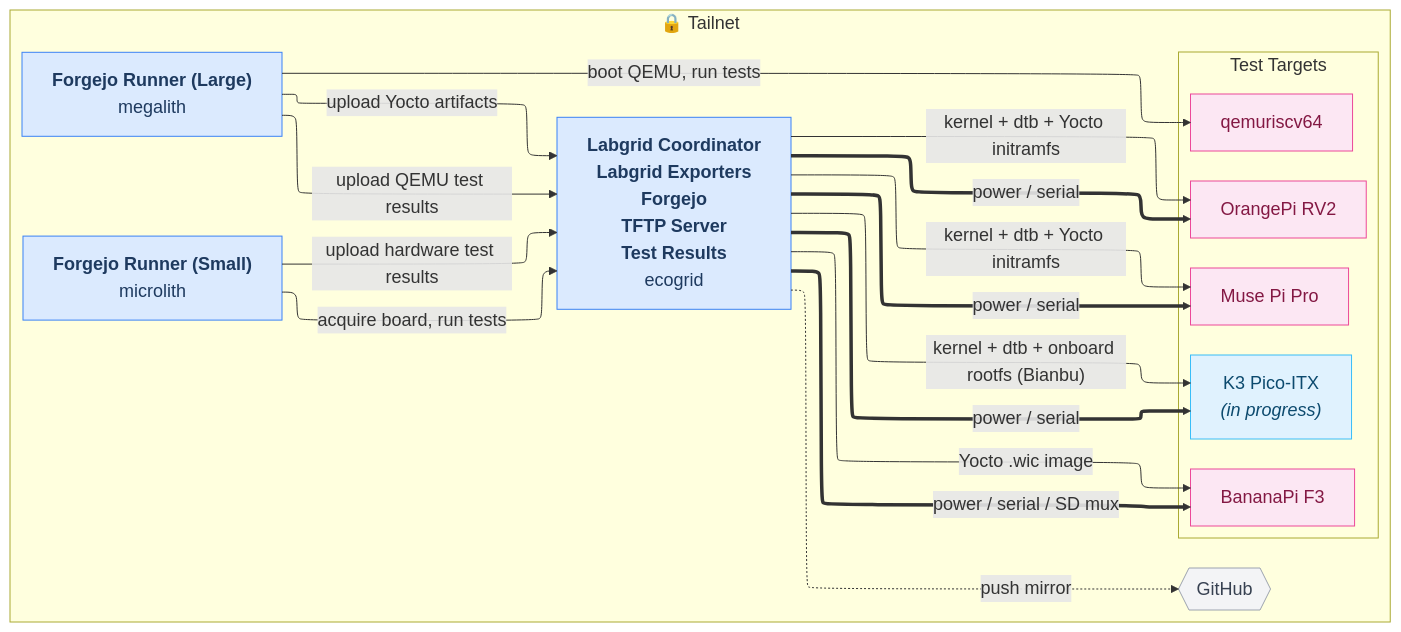
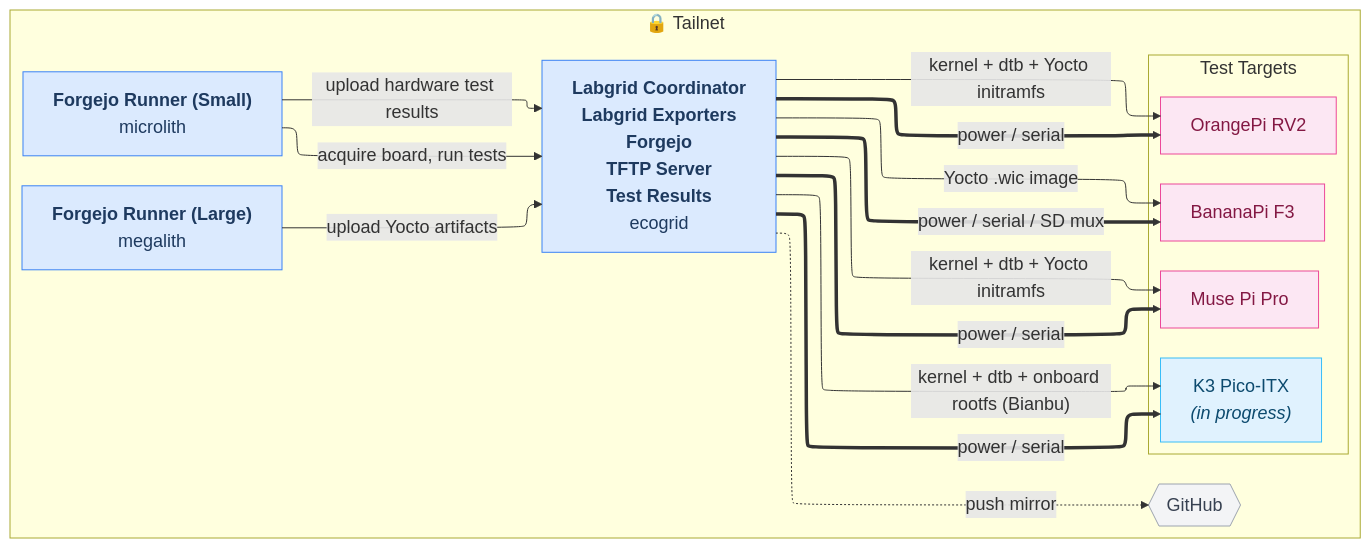
The diagram in docs/network.mmd (threexc/boardgarden), drawn with Mermaid before and after one commit. The commit also changed 3 other files, not shown here.

First line of the commit message:
docs: remove QEMU from diagram

```diff
--- a/docs/network.mmd
+++ b/docs/network.mmd
@@ -1,44 +1,41 @@
 %%{init: {"theme": "default", "flowchart": {"htmlLabels": true, "nodeSpacing": 30, "rankSpacing": 60, "defaultRenderer": "elk"}, "themeVariables": {"fontSize": "18px", "fontFamily": "Liberation Sans"}} }%%
 flowchart LR
   subgraph tailnet["🔒 Tailnet"]
     ecogrid["<b>Labgrid Coordinator</b><br/><b>Labgrid Exporters</b><br/><b>Forgejo</b><br/><b>TFTP Server</b><br/><b>Test Results</b><br/>ecogrid"]
     runner1["<b>Forgejo Runner (Large)</b><br/>megalith"]
     runner2["<b>Forgejo Runner (Small)</b><br/>microlith"]
     github{{"GitHub"}}
     subgraph boards["Test Targets"]
       direction TB
       board_1["BananaPi F3"]
       board_2["Muse Pi Pro"]
       board_3["OrangePi RV2"]
-      board_4["qemuriscv64"]
-      board_5["K3 Pico-ITX<br/><i>(in progress)</i>"]
+      board_4["K3 Pico-ITX<br/><i>(in progress)</i>"]
     end
   end
 
   %% ── Hosted-on relationships ──
 
   %% ── Links ──
   ecogrid ==>|"power / serial / SD mux"| board_1
   ecogrid ==>|"power / serial"| board_2
   ecogrid ==>|"power / serial"| board_3
-  ecogrid ==>|"power / serial"| board_5
+  ecogrid ==>|"power / serial"| board_4
   ecogrid -..->|"push mirror"| github
   runner1 -->|"upload Yocto artifacts"| ecogrid
-  runner1 -->|"upload QEMU test results"| ecogrid
-  runner1 -->|"boot QEMU, run tests"| board_4
   runner2 -->|"acquire board, run tests"| ecogrid
   runner2 -->|"upload hardware test results"| ecogrid
   ecogrid -->|"Yocto .wic image"| board_1
   ecogrid -->|"kernel + dtb + Yocto initramfs"| board_2
   ecogrid -->|"kernel + dtb + Yocto initramfs"| board_3
-  ecogrid -->|"kernel + dtb + onboard rootfs (Bianbu)"| board_5
+  ecogrid -->|"kernel + dtb + onboard rootfs (Bianbu)"| board_4
 
   %% ── Styles ──
   classDef machine fill:#dbeafe,stroke:#3b82f6,color:#1e3a5f
   class ecogrid,runner1,runner2 machine
   classDef external fill:#f3f4f6,stroke:#9ca3af,color:#374151
   class github external
   classDef board fill:#fce7f3,stroke:#ec4899,color:#831843
-  class board_1,board_2,board_3,board_4 board
+  class board_1,board_2,board_3 board
   classDef board_in_progress fill:#e0f2fe,stroke:#38bdf8,color:#0c4a6e
-  class board_5 board_in_progress
+  class board_4 board_in_progress
```
